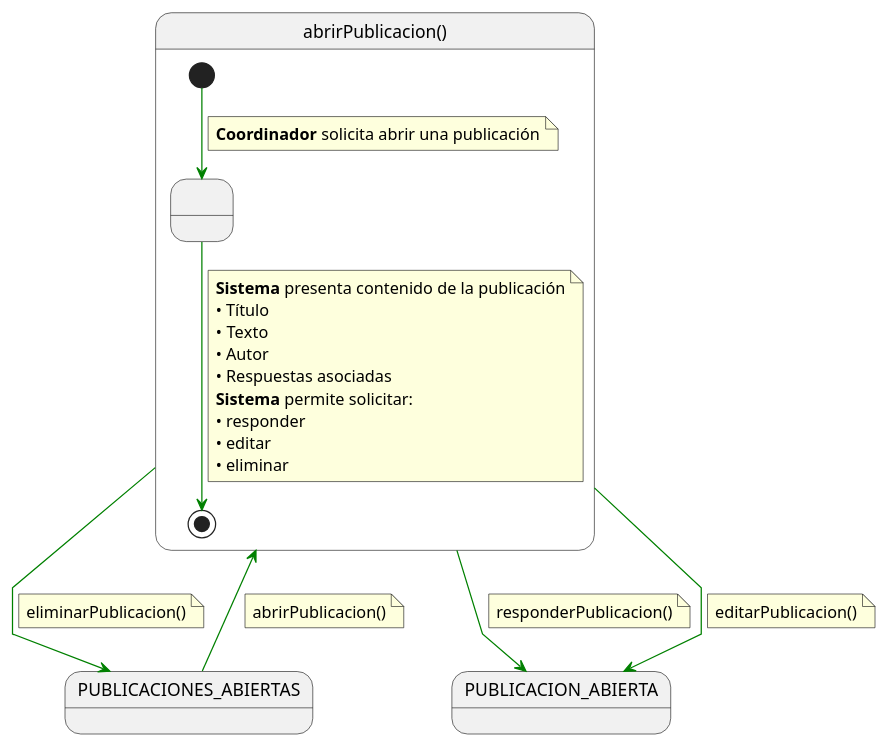
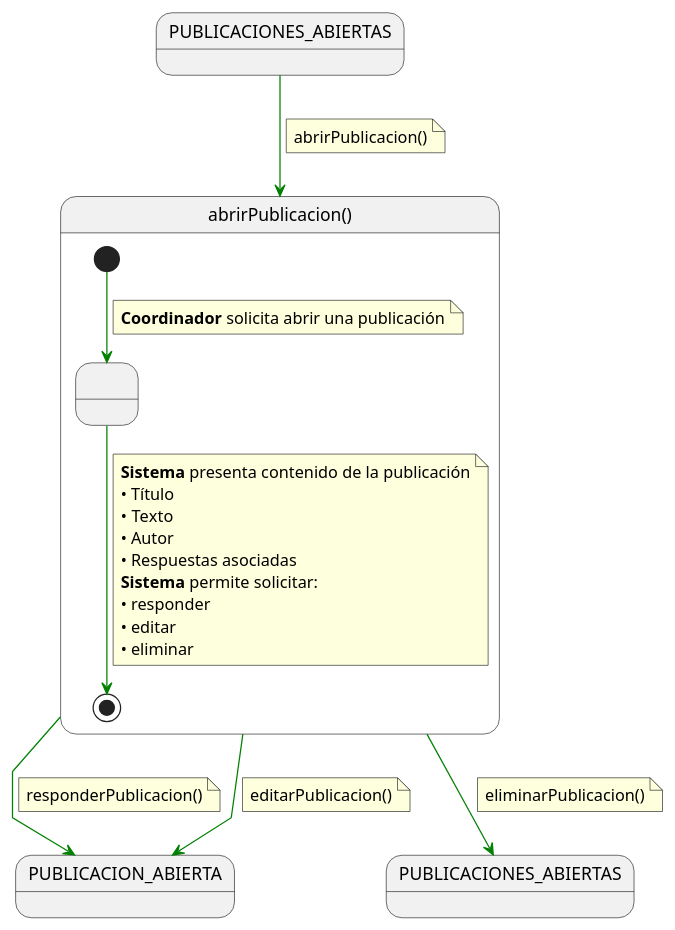
Before and after one commit to 31Diego/25-26-IdSw1-SdR: the diagram in documentación/CasosDeUso/Detalle/Coordinador/07-publicaciones/abrirPublicacion.puml, drawn with PlantUML. The commit also changed 20 other files, not shown here.

```diff
--- a/documentación/CasosDeUso/Detalle/Coordinador/07-publicaciones/abrirPublicacion.puml
+++ b/documentación/CasosDeUso/Detalle/Coordinador/07-publicaciones/abrirPublicacion.puml
@@ -1,49 +1,51 @@
 @startuml abrirPublicacion
 
 skinparam linetype polyline
+
+state in2 as "PUBLICACIONES_ABIERTAS"
+in2 -[#green]-> abrirPublicacion
+note on link
+abrirPublicacion()
+end note
 
 state abrirPublicacion as "abrirPublicacion()" {
 
     state " " as MostrandoPublicacion
 
     [*] -[#green]-> MostrandoPublicacion
     note on link
     <b>Coordinador</b> solicita abrir una publicación
     end note
 
     MostrandoPublicacion -[#green]-> [*]
     note on link
     <b>Sistema</b> presenta contenido de la publicación
     • Título
     • Texto
     • Autor
     • Respuestas asociadas
     <b>Sistema</b> permite solicitar:
     • responder
     • editar
     • eliminar
     end note
 }
 
 
-PUBLICACIONES_ABIERTAS -[#green]-> abrirPublicacion
-note on link
-abrirPublicacion()
-end note
 
 abrirPublicacion -[#green]-> PUBLICACION_ABIERTA
 note on link
 responderPublicacion()
 end note
 
 abrirPublicacion -[#green]-> PUBLICACION_ABIERTA
 note on link
 editarPublicacion()
 end note
 
 abrirPublicacion -[#green]-> PUBLICACIONES_ABIERTAS
 note on link
 eliminarPublicacion()
 end note
 
 @enduml
```
